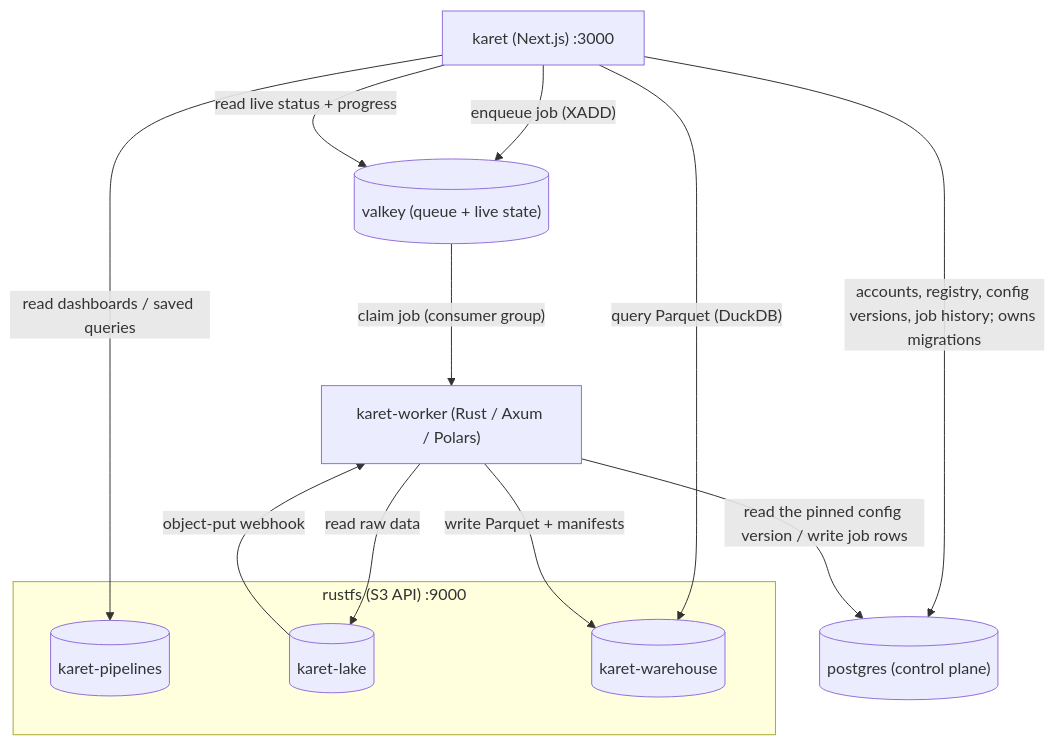
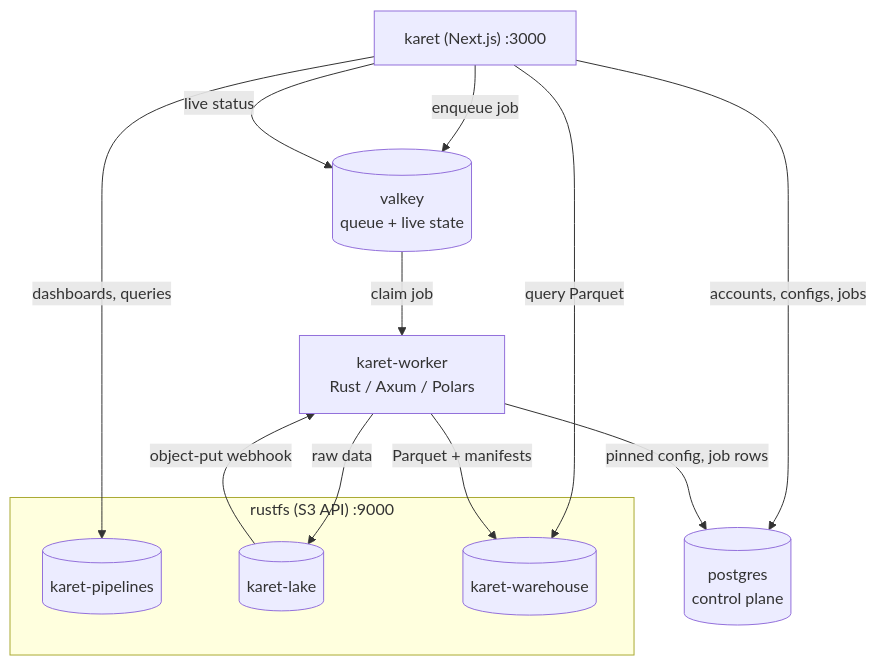
The diagram in guide/architecture.md (karet-org/karet-docs), drawn with Mermaid before and after one commit.

Commit message:
Diagram labels fit on one line
My edge labels ran to three wrapped lines and Mermaid clipped the third, so
"owns migrations" and "write job rows" were cut off mid-word. Each label is two
or three words now, the node names carry their detail on a second line instead,
and the wrapping width is set rather than left to default.

Checked by rendering the built page in a browser: every edge label is a single
line, and Postgres sits outside the rustfs box rather than inside it, which the
longer labels had pushed it into.

````diff
--- a/guide/architecture.md
+++ b/guide/architecture.md
@@ -15,27 +15,26 @@
 ```mermaid
-%%{ init: { "flowchart": { "nodeSpacing": 55, "rankSpacing": 70 } } }%%
+%%{ init: { "flowchart": { "nodeSpacing": 45, "rankSpacing": 60, "wrappingWidth": 220 } } }%%
 flowchart TB
   web["karet (Next.js) :3000"]
-  postgres[("postgres (control plane)")]
-  valkey[("valkey (queue + live state)")]
-  worker["karet-worker (Rust / Axum / Polars)"]
+  valkey[("valkey<br/>queue + live state")]
+  worker["karet-worker<br/>Rust / Axum / Polars"]
+  postgres[("postgres<br/>control plane")]
 
   subgraph s3["rustfs (S3 API) :9000"]
     pipelines[("karet-pipelines")]
     lake[("karet-lake")]
     warehouse[("karet-warehouse")]
   end
 
-  web -->|"accounts, registry, config versions, job history; owns migrations"| postgres
-  web -->|"enqueue job (XADD)"| valkey
-  web -->|"read live status + progress"| valkey
-  web -->|"read dashboards / saved queries"| pipelines
-  web -->|"query Parquet (DuckDB)"| warehouse
+  web -->|"enqueue job"| valkey
+  web -->|"live status"| valkey
+  web -->|"accounts, configs, jobs"| postgres
+  web -->|"dashboards, queries"| pipelines
+  web -->|"query Parquet"| warehouse
 
-  valkey -->|"claim job (consumer group)"| worker
-  worker -->|"read the pinned config version / write job rows"| postgres
-  worker -->|"read raw data"| lake
-  worker -->|"write Parquet + manifests"| warehouse
-
+  valkey -->|"claim job"| worker
+  worker -->|"pinned config, job rows"| postgres
+  worker -->|"raw data"| lake
+  worker -->|"Parquet + manifests"| warehouse
   lake -->|"object-put webhook"| worker
 ```
````
